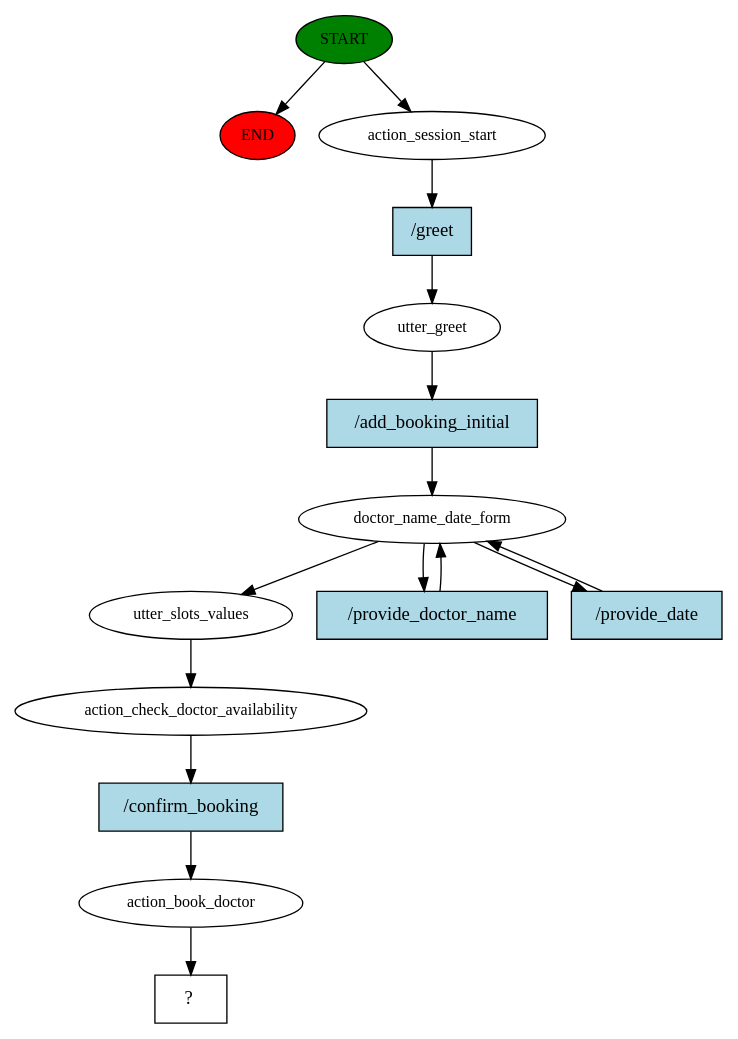
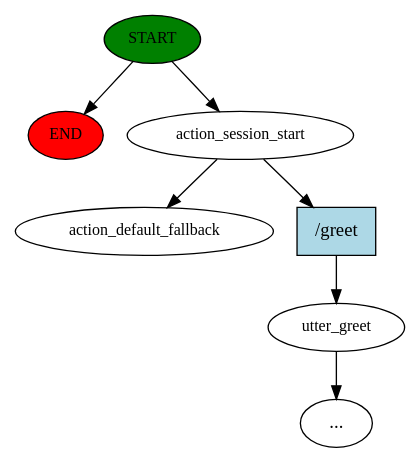
The diagram in story_graph.dot (RuwanUdayanga/Chatbot3.0), drawn with Graphviz before and after one commit. The commit also changed 13 other files, not shown here.

```diff
--- a/story_graph.dot
+++ b/story_graph.dot
@@ -1,31 +1,15 @@
 digraph  {
 0 [class="start active", fillcolor=green, fontsize=12, label=START, style=filled];
 "-1" [class=end, fillcolor=red, fontsize=12, label=END, style=filled];
 1 [class=active, fontsize=12, label=action_session_start];
-2 [class=active, fontsize=12, label=utter_greet];
-3 [class=active, fontsize=12, label=doctor_name_date_form];
-6 [class=active, fontsize=12, label=utter_slots_values];
-7 [class=active, fontsize=12, label=action_check_doctor_availability];
-8 [class=active, fontsize=12, label=action_book_doctor];
-9 [class="intent dashed active", label="  ?  ", shape=rect];
-10 [class="intent active", fillcolor=lightblue, label="/greet", shape=rect, style=filled];
-11 [class="intent active", fillcolor=lightblue, label="/add_booking_initial", shape=rect, style=filled];
-12 [class="intent active", fillcolor=lightblue, label="/provide_doctor_name", shape=rect, style=filled];
-13 [class="intent active", fillcolor=lightblue, label="/provide_date", shape=rect, style=filled];
-14 [class="intent active", fillcolor=lightblue, label="/confirm_booking", shape=rect, style=filled];
+2 [class="", fontsize=12, label=utter_greet];
+"-3" [class=ellipsis, label="..."];
+4 [class="dashed active", fontsize=12, label=action_default_fallback];
+5 [class=intent, fillcolor=lightblue, label="/greet", shape=rect, style=filled];
 0 -> "-1"  [class="", key=NONE, label=""];
 0 -> 1  [class=active, key=NONE, label=""];
-1 -> 10  [class=active, key=0];
-2 -> 11  [class=active, key=0];
-3 -> 6  [class=active, key=NONE, label=""];
-3 -> 12  [class=active, key=0];
-3 -> 13  [class=active, key=0];
-6 -> 7  [class=active, key=NONE, label=""];
-7 -> 14  [class=active, key=0];
-8 -> 9  [class=active, key=NONE, label=""];
-10 -> 2  [class=active, key=0];
-11 -> 3  [class=active, key=0];
-12 -> 3  [class=active, key=0];
-13 -> 3  [class=active, key=0];
-14 -> 8  [class=active, key=0];
+1 -> 4  [class=active, key=NONE, label=""];
+1 -> 5  [class="", key=0];
+2 -> "-3"  [class="", key=NONE, label=""];
+5 -> 2  [class="", key=0];
 }
```
